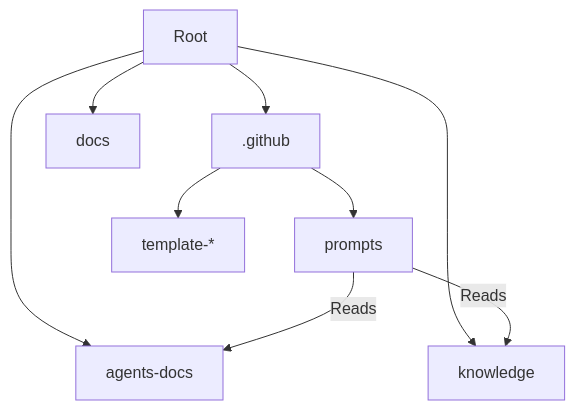
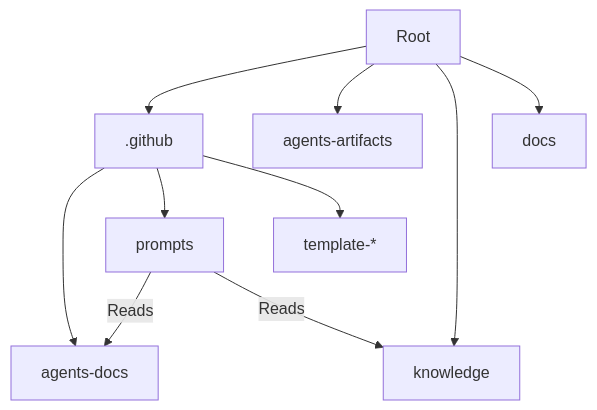
The diagram in agents-docs/directory-structure.md (LongbowXXX/terraformer), drawn with Mermaid before and after one commit. The commit also changed other lines of this file, not shown here.

Commit message:
feat: Add Terraformer directory structure guide to agents documentation.

````diff
--- a/agents-docs/directory-structure.md
+++ b/agents-docs/directory-structure.md
@@ -60,13 +60,14 @@
 ```mermaid
 graph TD
     Root[Root] --> Github[.github]
-    Root --> AgentsDocs[agents-docs]
+    Github --> AgentsDocs[agents-docs]
+    Root --> AgentsArtifacts[agents-artifacts]
     Root --> Knowledge[knowledge]
     Root --> Docs[docs]
 
     Github --> Prompts[prompts]
     Github --> Templates[template-*]
 
     Prompts -->|Reads| AgentsDocs
     Prompts -->|Reads| Knowledge
 ```
````
